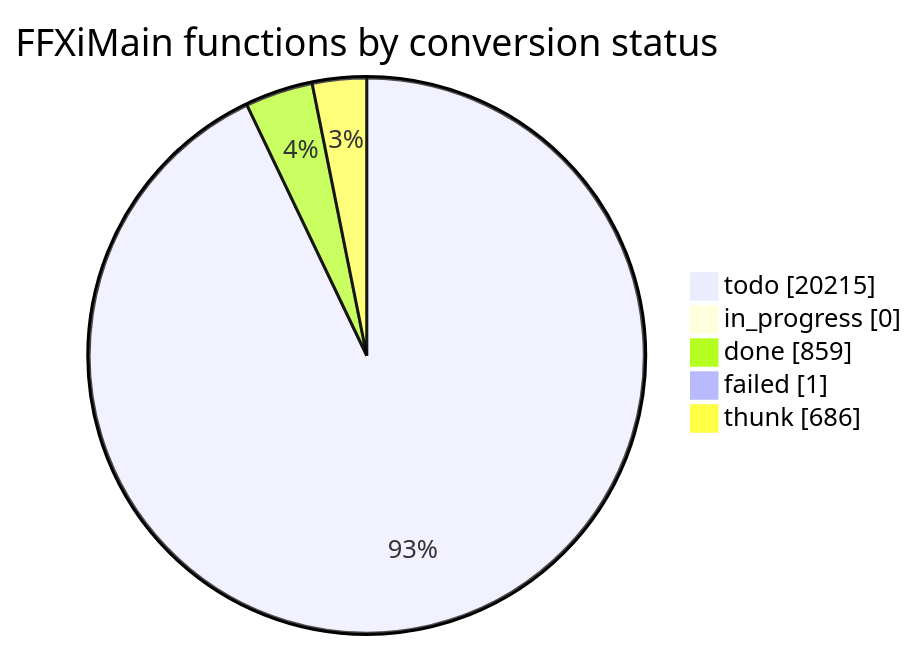
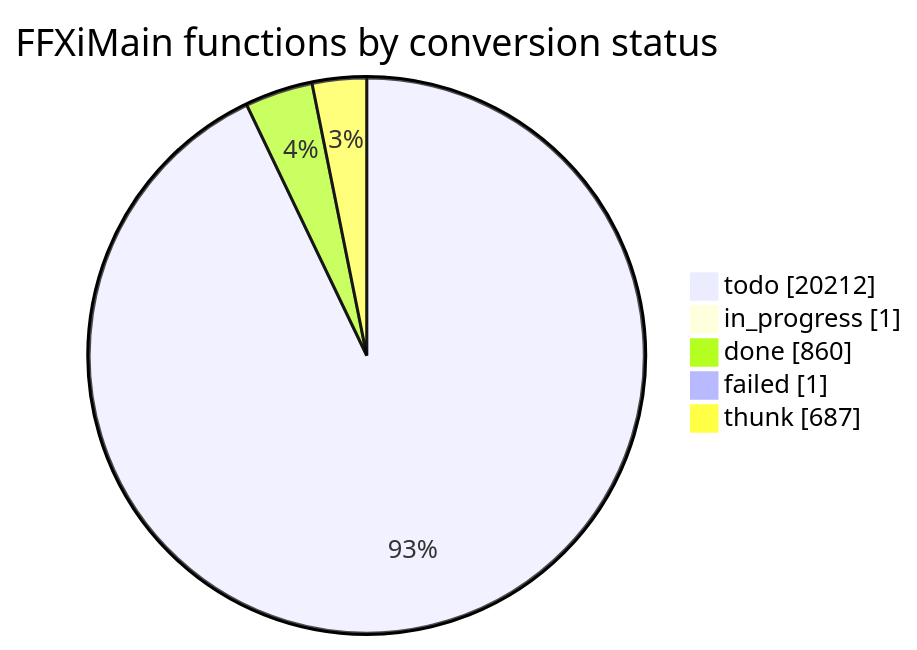
Before and after one commit to cowrevenge/cow_kuluu_xi_anything: the diagram in docs/cow/STATUS.md, drawn with Mermaid. The commit also changed other lines of this file and 9 other files, not shown here.

````diff
--- a/docs/cow/STATUS.md
+++ b/docs/cow/STATUS.md
@@ -18,9 +21,9 @@
 ```mermaid
 pie showData
     title FFXiMain functions by conversion status
-    "todo" : 20215
-    "in_progress" : 0
-    "done" : 859
+    "todo" : 20212
+    "in_progress" : 1
+    "done" : 860
     "failed" : 1
-    "thunk" : 686
+    "thunk" : 687
 ```
````
